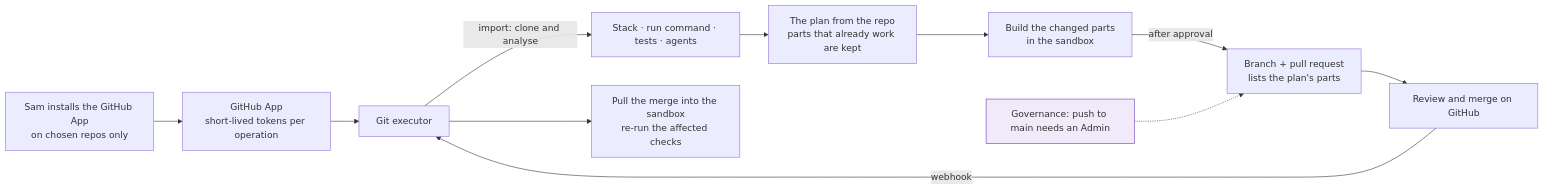
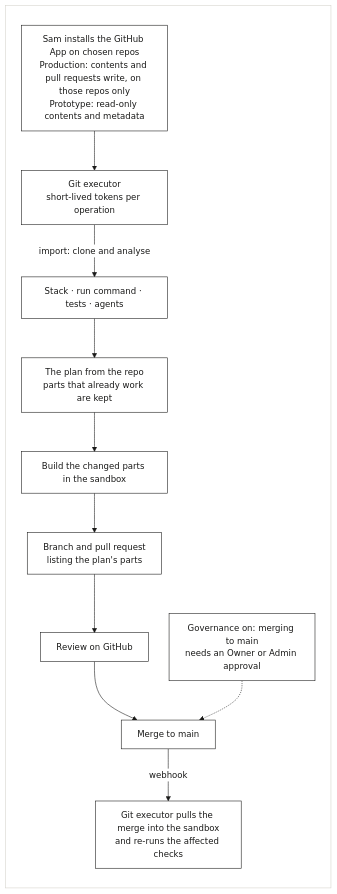
One commit to netanyaj/architect-2 changed the diagram in docs/product/diagrams/src/A7-github-flow.mmd. Above: the diagram before and after it, drawn with Mermaid. The commit also changed 64 other files, not shown here.

```diff
--- a/docs/product/diagrams/src/A7-github-flow.mmd
+++ b/docs/product/diagrams/src/A7-github-flow.mmd
@@ -1,13 +1,17 @@
-flowchart LR
-  U["Sam installs the GitHub App<br/>on chosen repos only"] --> GA["GitHub App<br/>short-lived tokens per operation"]
-  GA --> GE["Git executor"]
-  GE -- import: clone and analyse --> AN["Stack · run command · tests · agents"]
-  AN --> PL["The plan from the repo<br/>parts that already work are kept"]
-  PL --> BLD["Build the changed parts<br/>in the sandbox"]
-  BLD -- after approval --> PR["Branch + pull request<br/>lists the plan's parts"]
-  PR --> REV["Review and merge on GitHub"]
-  REV -- webhook --> GE
-  GE --> SYNC["Pull the merge into the sandbox<br/>re-run the affected checks"]
-  POL["Governance: push to main needs an Admin"] -.-> PR
-  classDef g fill:#F0EAFA,stroke:#6236AD;
-  class POL g;
+%%{init: {"theme":"base","themeVariables":{"fontFamily":"Arial","fontSize":"15px","primaryColor":"#FFFFFF","primaryBorderColor":"#1A1A19","primaryTextColor":"#1A1A19","lineColor":"#1A1A19","secondaryColor":"#FFFFFF","tertiaryColor":"#FFFFFF","clusterBkg":"#F5F4F0","clusterBorder":"#D6D4CC","edgeLabelBackground":"#FFFFFF","actorBkg":"#FFFFFF","actorBorder":"#1A1A19","actorTextColor":"#1A1A19","actorLineColor":"#A8A69F","signalColor":"#1A1A19","signalTextColor":"#1A1A19","noteBkgColor":"#F5F4F0","noteBorderColor":"#D6D4CC","noteTextColor":"#42413D","labelBoxBkgColor":"#FFFFFF","labelBoxBorderColor":"#1A1A19","labelTextColor":"#1A1A19","loopTextColor":"#1A1A19","activationBkgColor":"#F5F4F0","activationBorderColor":"#1A1A19","sequenceNumberColor":"#FFFFFF"},"flowchart":{"curve":"basis","padding":14,"nodeSpacing":36,"rankSpacing":44}}}%%
+flowchart TB
+  %% A white card, so ink lines read on GitHub's dark theme too
+  subgraph CARD[" "]
+    direction TB
+    U["Sam installs the GitHub App on chosen repos<br/>Production: contents and pull requests write, on those repos only<br/>Prototype: read-only contents and metadata"]
+    U --> GE["Git executor<br/>short-lived tokens per operation"]
+    GE -- "import: clone and analyse" --> AN["Stack · run command · tests · agents"]
+    AN --> PL["The plan from the repo<br/>parts that already work are kept"]
+    PL --> BLD["Build the changed parts in the sandbox"]
+    BLD --> PR["Branch and pull request<br/>listing the plan's parts"]
+    PR --> REV["Review on GitHub"]
+    REV --> MRG["Merge to main"]
+    POL["Governance on: merging to main<br/>needs an Owner or Admin approval"] -.-> MRG
+    MRG -- "webhook" --> SYNC["Git executor pulls the merge into the sandbox<br/>and re-runs the affected checks"]
+  end
+  style CARD fill:#FFFFFF,stroke:#D6D4CC
```
